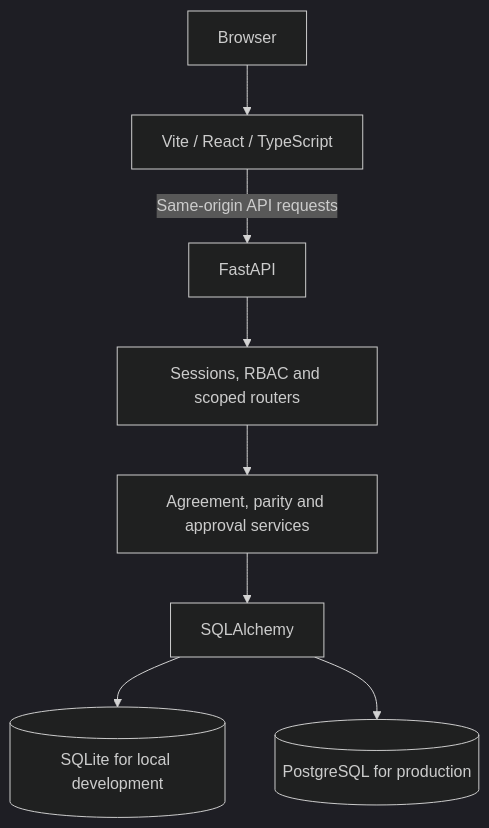
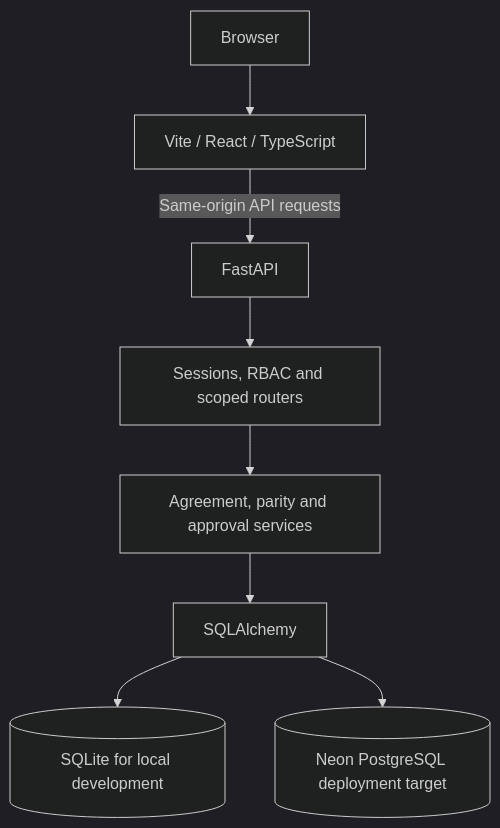
Before and after one commit to the-nidhi-bhat/LEXORA-LegalX: the second of 2 diagrams in README.md, drawn with Mermaid (dark theme). The commit also changed other lines of this file and 1 other file, not shown here.

Commit message:
Document Neon and security boundaries and idle the reduced-motion sculpture

````diff
--- a/README.md
+++ b/README.md
@@ -43,10 +43,10 @@
 ```mermaid
 flowchart TD
     U[Browser] --> W[Vite / React / TypeScript]
     W -->|Same-origin API requests| A[FastAPI]
     A --> R[Sessions, RBAC and scoped routers]
     R --> S[Agreement, parity and approval services]
     S --> Q[SQLAlchemy]
     Q --> L[(SQLite for local development)]
-    Q --> P[(PostgreSQL for production)]
+    Q --> P[(Neon PostgreSQL deployment target)]
 ```
````
